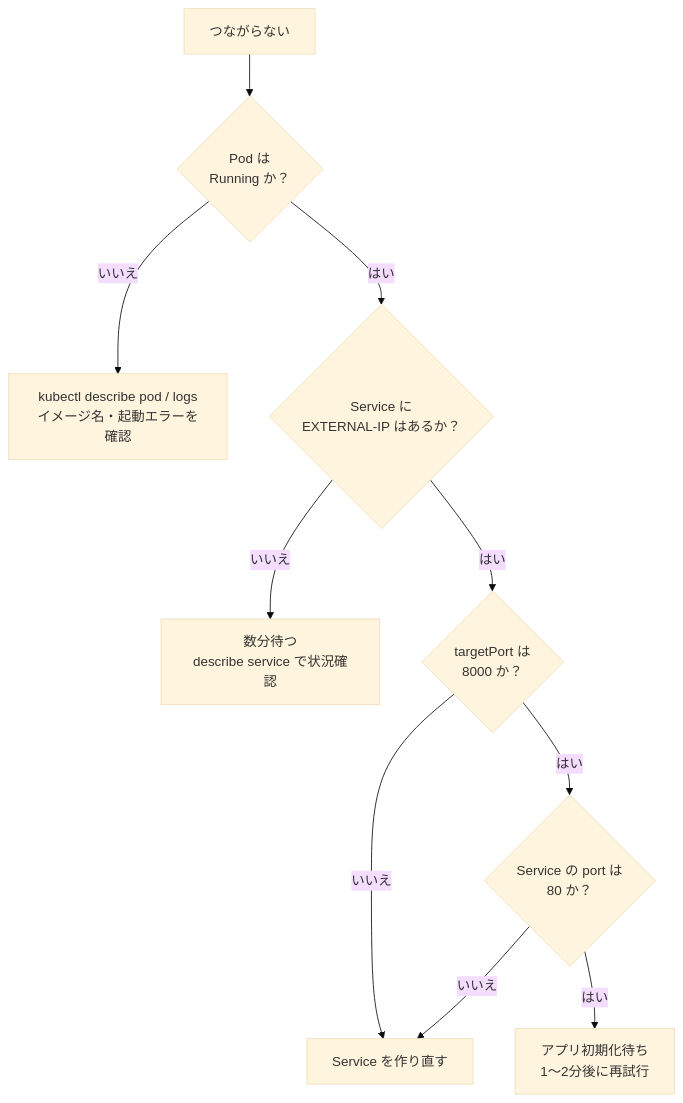
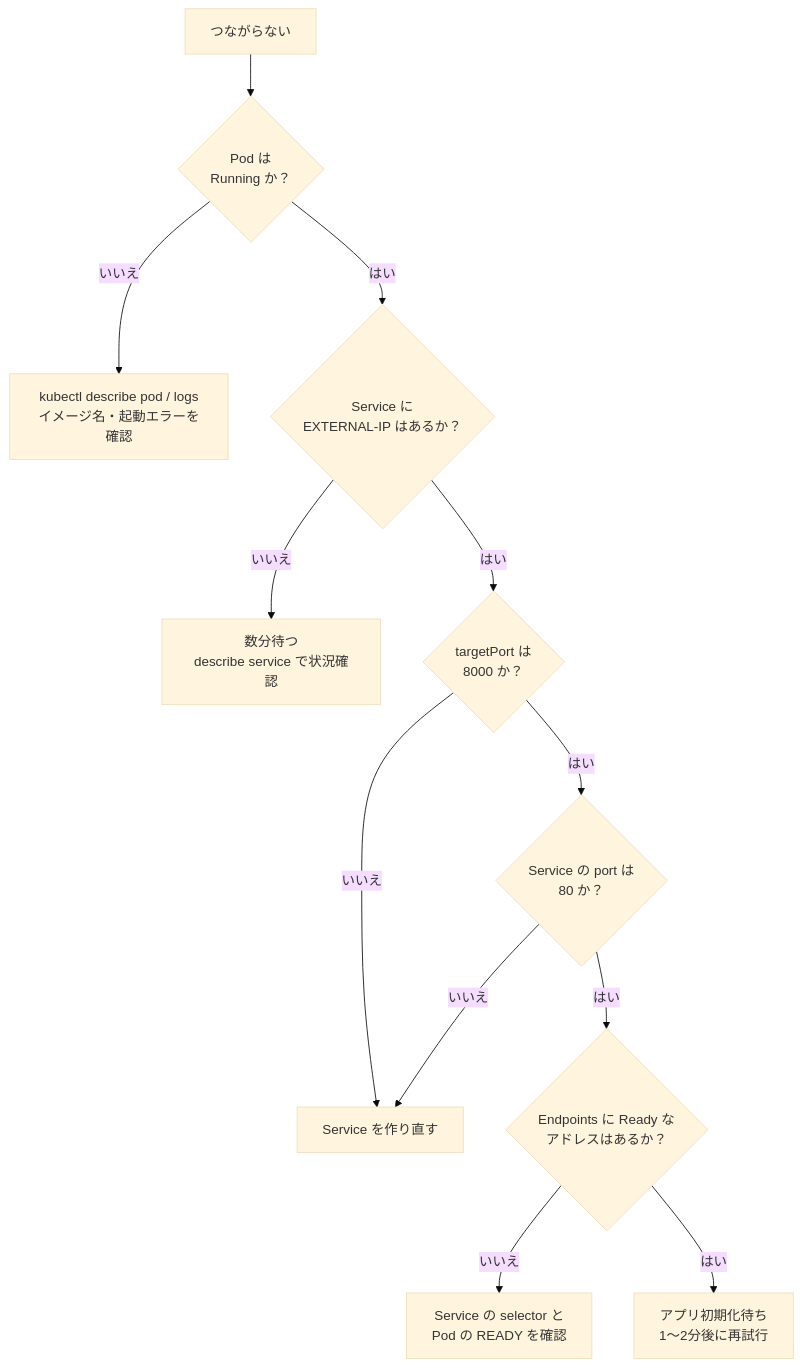
The ninth of 9 diagrams in Gke-echo-web-challenge-lab-guide.md (myoshi2891/Cloud-Infrastructure-and-Network-Studies), drawn with Mermaid (base theme) before and after one commit. The commit also changed 2 other files, not shown here.

Commit message:
docs(gcp): update Cloud Run and GKE Echo Web challenge lab guides

````diff
--- a/Gke-echo-web-challenge-lab-guide.md
+++ b/Gke-echo-web-challenge-lab-guide.md
@@ -635,12 +635,14 @@
 ```mermaid
 flowchart TD
     A["つながらない"] --> B{"Pod は<br/>Running か？"}
     B -->|"いいえ"| C["kubectl describe pod / logs<br/>イメージ名・起動エラーを確認"]
     B -->|"はい"| D{"Service に<br/>EXTERNAL-IP はあるか？"}
     D -->|"いいえ"| E["数分待つ<br/>describe service で状況確認"]
     D -->|"はい"| F{"targetPort は<br/>8000 か？"}
     F -->|"いいえ"| G["Service を作り直す"]
     F -->|"はい"| I{"Service の port は<br/>80 か？"}
     I -->|"いいえ"| G
-    I -->|"はい"| H["アプリ初期化待ち<br/>1〜2分後に再試行"]
+    I -->|"はい"| J{"Endpoints に Ready な<br/>アドレスはあるか？"}
+    J -->|"いいえ"| K["Service の selector と<br/>Pod の READY を確認"]
+    J -->|"はい"| H["アプリ初期化待ち<br/>1〜2分後に再試行"]
 ```
````
